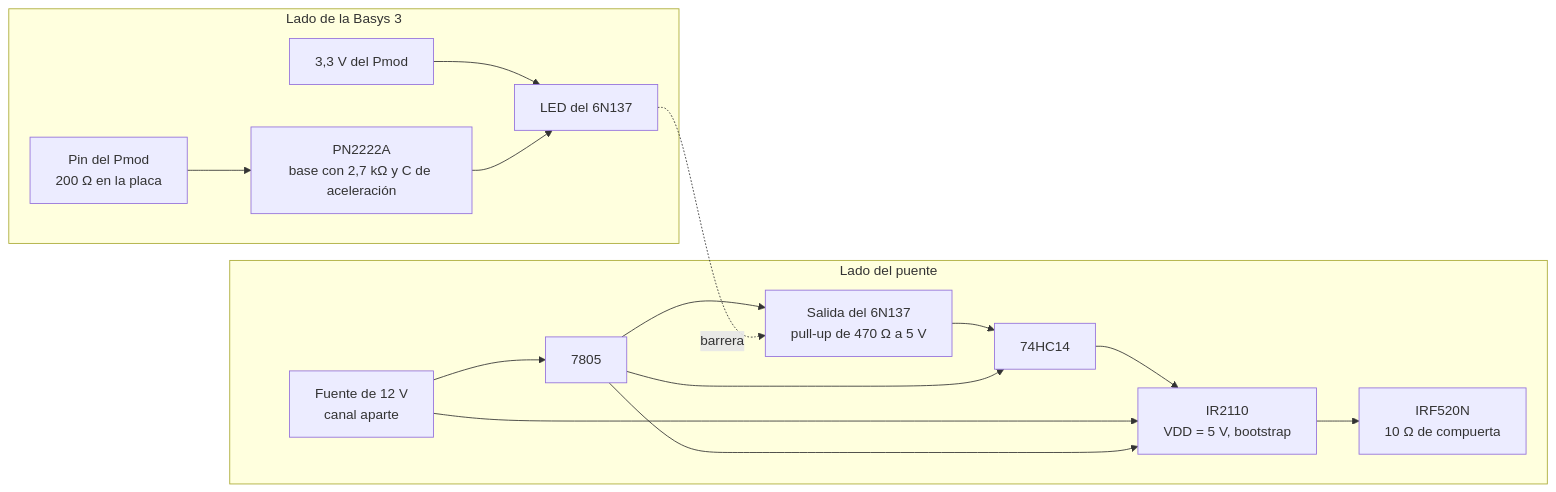
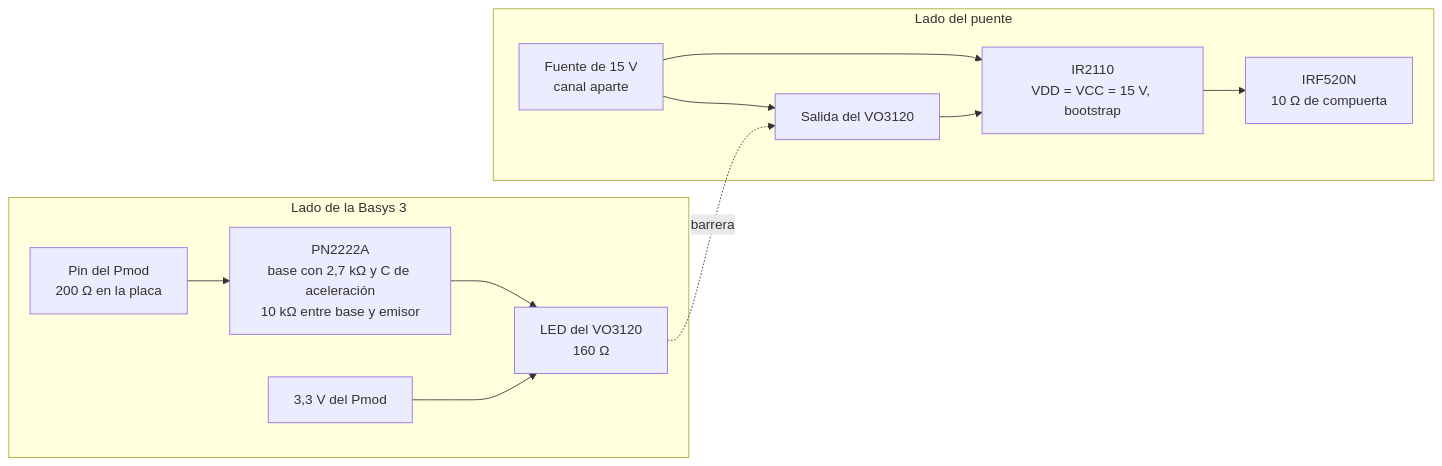
One commit to Taller-de-diseno-digital-GR01/Proyecto-4-Regulador-PR changed the diagram in potencia/diseno_puente_h.md. Above: the diagram before and after it, drawn with Mermaid. The commit also changed other lines of this file and 1 other file, not shown here.

Commit message:
diseno_puente_h con el VO3120 como aislamiento de las compuertas y la alimentación de 15 V del lado del puente

````diff
--- a/potencia/diseno_puente_h.md
+++ b/potencia/diseno_puente_h.md
@@ -114,19 +118,15 @@
 ```mermaid
 flowchart LR
     subgraph basys["Lado de la Basys 3"]
-        pin["Pin del Pmod<br/>200 Ω en la placa"] --> q["PN2222A<br/>base con 2,7 kΩ y C de aceleración"]
-        v33["3,3 V del Pmod"] --> led["LED del 6N137"]
+        pin["Pin del Pmod<br/>200 Ω en la placa"] --> q["PN2222A<br/>base con 2,7 kΩ y C de aceleración<br/>10 kΩ entre base y emisor"]
+        v33["3,3 V del Pmod"] --> led["LED del VO3120<br/>160 Ω"]
         q --> led
     end
     subgraph potencia["Lado del puente"]
-        opto["Salida del 6N137<br/>pull-up de 470 Ω a 5 V"] --> inv["74HC14"]
-        inv --> drv["IR2110<br/>VDD = 5 V, bootstrap"]
+        opto["Salida del VO3120"] --> drv["IR2110<br/>VDD = VCC = 15 V, bootstrap"]
         drv --> mos["IRF520N<br/>10 Ω de compuerta"]
-        v12["Fuente de 12 V<br/>canal aparte"] --> drv
-        v12 --> v5["7805"]
-        v5 --> opto
-        v5 --> inv
-        v5 --> drv
+        v15["Fuente de 15 V<br/>canal aparte"] --> opto
+        v15 --> drv
     end
     led -. barrera .-> opto
 ```
````
